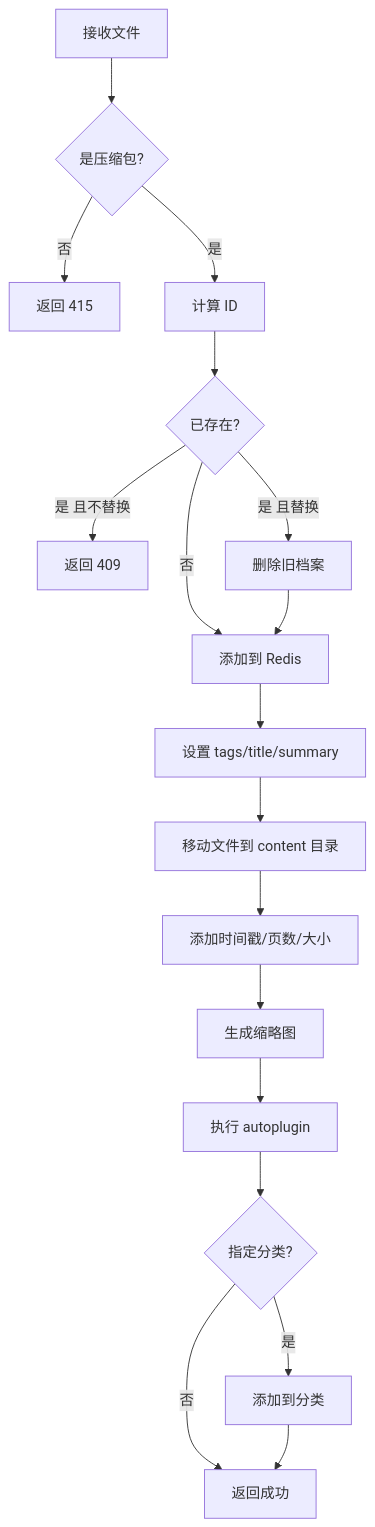
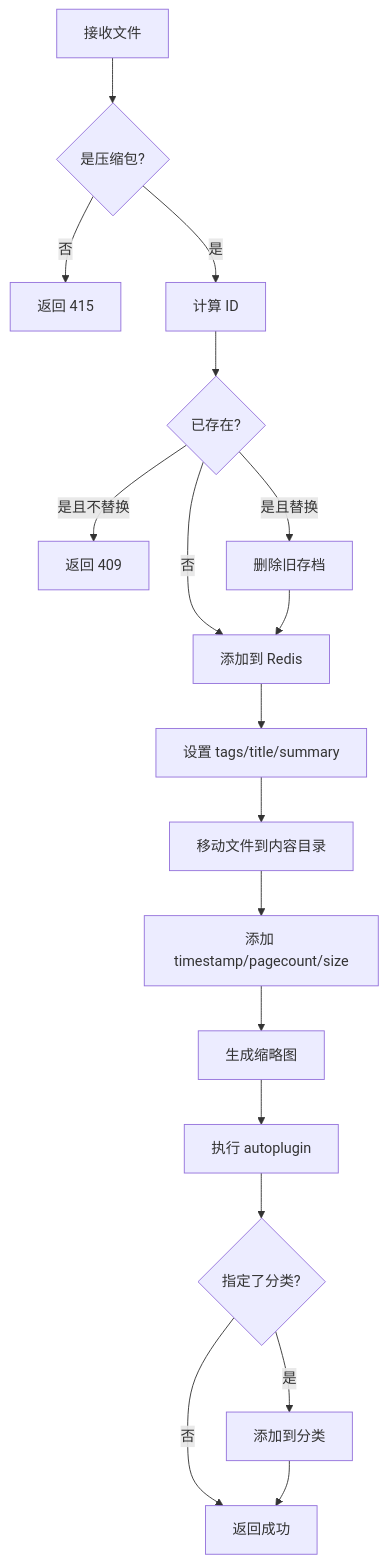
Before and after one commit to OborozukiNoYume/LANraragi: the second of 3 diagrams in docs/zh-CN/06_models.md, drawn with Mermaid. The commit also changed other lines of this file and 17 other files, not shown here.

````diff
--- a/docs/zh-CN/06_models.md
+++ b/docs/zh-CN/06_models.md
@@ -204,20 +204,20 @@
 ```mermaid
 flowchart TD
     A[接收文件] --> B{是压缩包?}
     B -->|否| C[返回 415]
     B -->|是| D[计算 ID]
     D --> E{已存在?}
-    E -->|是 且不替换| F[返回 409]
-    E -->|是 且替换| G[删除旧档案]
+    E -->|是且不替换| F[返回 409]
+    E -->|是且替换| G[删除旧存档]
     E -->|否| H[添加到 Redis]
     G --> H
     H --> I[设置 tags/title/summary]
-    I --> J[移动文件到 content 目录]
-    J --> K[添加时间戳/页数/大小]
+    I --> J[移动文件到内容目录]
+    J --> K[添加 timestamp/pagecount/size]
     K --> L[生成缩略图]
     L --> M[执行 autoplugin]
-    M --> N{指定分类?}
+    M --> N{指定了分类?}
     N -->|是| O[添加到分类]
     N -->|否| P[返回成功]
     O --> P
 ```
````
